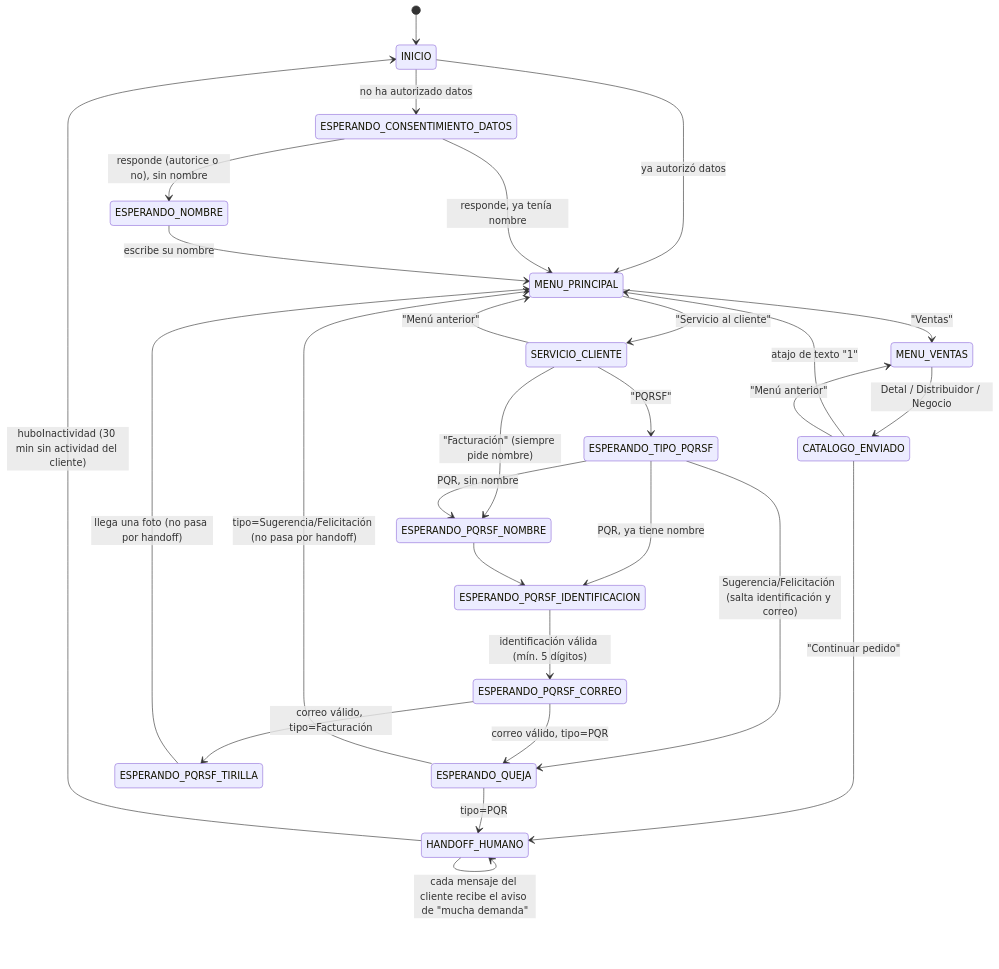
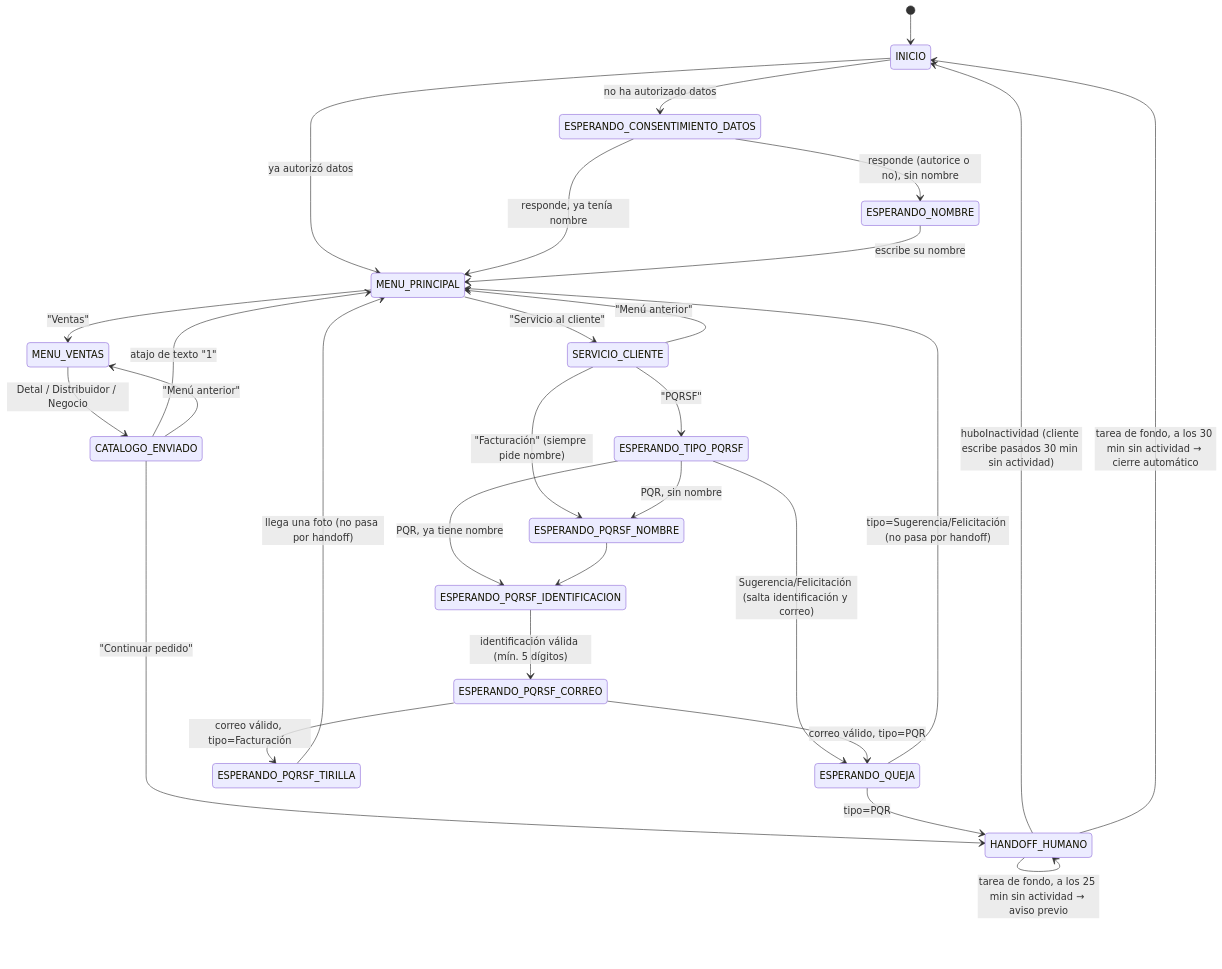
One commit to ventasecoalimentos/Whatsap_venta_lacteos changed the diagram in docs/FLUJO_ESTADOS.md. Above: the diagram before and after it, drawn with Mermaid. The commit also changed other lines of this file and 20 other files, not shown here.

First line of the commit message:
feat: aviso previo y cierre automático de HANDOFF_HUMANO, con tarea programada

````diff
--- a/docs/FLUJO_ESTADOS.md
+++ b/docs/FLUJO_ESTADOS.md
@@ -39,35 +39,37 @@
 ```mermaid
 stateDiagram-v2
     [*] --> INICIO
     INICIO --> ESPERANDO_CONSENTIMIENTO_DATOS: no ha autorizado datos
     INICIO --> MENU_PRINCIPAL: ya autorizó datos
     ESPERANDO_CONSENTIMIENTO_DATOS --> ESPERANDO_NOMBRE: responde (autorice o no), sin nombre
     ESPERANDO_CONSENTIMIENTO_DATOS --> MENU_PRINCIPAL: responde, ya tenía nombre
     ESPERANDO_NOMBRE --> MENU_PRINCIPAL: escribe su nombre
 
     MENU_PRINCIPAL --> SERVICIO_CLIENTE: "Servicio al cliente"
     MENU_PRINCIPAL --> MENU_VENTAS: "Ventas"
 
     MENU_VENTAS --> CATALOGO_ENVIADO: Detal / Distribuidor / Negocio
     CATALOGO_ENVIADO --> MENU_PRINCIPAL: atajo de texto "1"
     CATALOGO_ENVIADO --> MENU_VENTAS: "Menú anterior"
     CATALOGO_ENVIADO --> HANDOFF_HUMANO: "Continuar pedido"
 
     SERVICIO_CLIENTE --> MENU_PRINCIPAL: "Menú anterior"
     SERVICIO_CLIENTE --> ESPERANDO_PQRSF_NOMBRE: "Facturación" (siempre pide nombre)
     SERVICIO_CLIENTE --> ESPERANDO_TIPO_PQRSF: "PQRSF"
 
     ESPERANDO_TIPO_PQRSF --> ESPERANDO_PQRSF_NOMBRE: PQR, sin nombre
     ESPERANDO_TIPO_PQRSF --> ESPERANDO_PQRSF_IDENTIFICACION: PQR, ya tiene nombre
     ESPERANDO_TIPO_PQRSF --> ESPERANDO_QUEJA: Sugerencia/Felicitación (salta identificación y correo)
     ESPERANDO_PQRSF_NOMBRE --> ESPERANDO_PQRSF_IDENTIFICACION
     ESPERANDO_PQRSF_IDENTIFICACION --> ESPERANDO_PQRSF_CORREO: identificación válida (mín. 5 dígitos)
     ESPERANDO_PQRSF_CORREO --> ESPERANDO_PQRSF_TIRILLA: correo válido, tipo=Facturación
     ESPERANDO_PQRSF_CORREO --> ESPERANDO_QUEJA: correo válido, tipo=PQR
     ESPERANDO_PQRSF_TIRILLA --> MENU_PRINCIPAL: llega una foto (no pasa por handoff)
     ESPERANDO_QUEJA --> HANDOFF_HUMANO: tipo=PQR
     ESPERANDO_QUEJA --> MENU_PRINCIPAL: tipo=Sugerencia/Felicitación (no pasa por handoff)
 
     HANDOFF_HUMANO --> HANDOFF_HUMANO: cada mensaje del cliente recibe el aviso de "mucha demanda"
-    HANDOFF_HUMANO --> INICIO: huboInactividad (30 min sin actividad del cliente)
+    HANDOFF_HUMANO --> HANDOFF_HUMANO: tarea de fondo, a los 25 min sin actividad → aviso previo
+    HANDOFF_HUMANO --> INICIO: huboInactividad (cliente escribe pasados 30 min sin actividad)
+    HANDOFF_HUMANO --> INICIO: tarea de fondo, a los 30 min sin actividad → cierre automático
 ```
````
